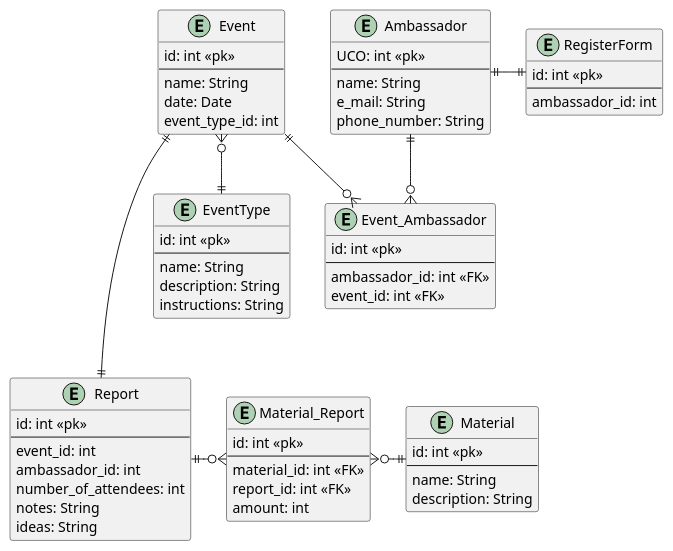
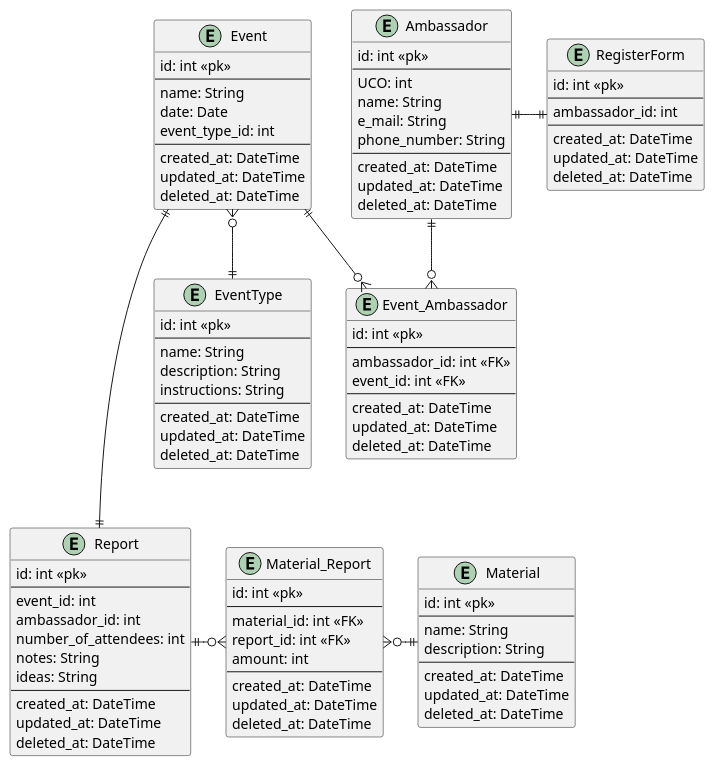
One commit to barhorkaa/ambassadors changed the diagram in diagrams/erd.puml. Above: the diagram before and after it, drawn with PlantUML.

Commit message:
fix(erd): updated with tracking columns

```diff
--- a/diagrams/erd.puml
+++ b/diagrams/erd.puml
@@ -1,85 +1,118 @@
 @startuml
 'https://plantuml.com/entity-diagram
 
 entity RegisterForm {
   id: int <<pk>>
   --
   ambassador_id: int
   'answers
+  --
+  created_at: DateTime
+  updated_at: DateTime
+  deleted_at: DateTime
 }
 
 entity Ambassador {
-  UCO: int <<pk>>
+  id: int <<pk>>
   --
+  UCO: int
   name: String
   e_mail: String
   phone_number: String
+  --
+  created_at: DateTime
+  updated_at: DateTime
+  deleted_at: DateTime
 }
 
 entity Event {
   id: int <<pk>>
   --
   name: String
   date: Date
   event_type_id: int
+  --
+  created_at: DateTime
+  updated_at: DateTime
+  deleted_at: DateTime
 }
 
 entity EventType {
   id: int <<pk>>
   --
   name: String
   description: String
   instructions: String
+  --
+  created_at: DateTime
+  updated_at: DateTime
+  deleted_at: DateTime
 }
 
 entity Event_Ambassador {
   id: int <<pk>>
   --
   ambassador_id: int <<FK>>
   event_id: int <<FK>>
+  --
+  created_at: DateTime
+  updated_at: DateTime
+  deleted_at: DateTime
 }
 
 entity Report {
   id: int <<pk>>
   --
   event_id: int
   ambassador_id: int
   number_of_attendees: int
 'photos
   notes: String
   ideas: String
+  --
+  created_at: DateTime
+  updated_at: DateTime
+  deleted_at: DateTime
 }
 
 'enum EventTypes {
 '  SCHOOL
 '  EXPO
 '  OPENDAY
 '  GAUDEAMUS
 '  ...
 '}
 
 entity Material_Report {
   id: int <<pk>>
   --
   material_id: int <<FK>>
   report_id: int <<FK>>
   amount: int
+  --
+  created_at: DateTime
+  updated_at: DateTime
+  deleted_at: DateTime
 }
 
 entity Material {
   id: int <<pk>>
   --
   name: String
   description: String
+  --
+  created_at: DateTime
+  updated_at: DateTime
+  deleted_at: DateTime
 }
 
 Report ||-o{ Material_Report
 Material_Report }o-|| Material
 Event ||---|| Report
 
 Ambassador ||-|| RegisterForm
 Ambassador ||--o{ Event_Ambassador
 Event ||--o{ Event_Ambassador
 Event }o--|| EventType
 
 @enduml
```
